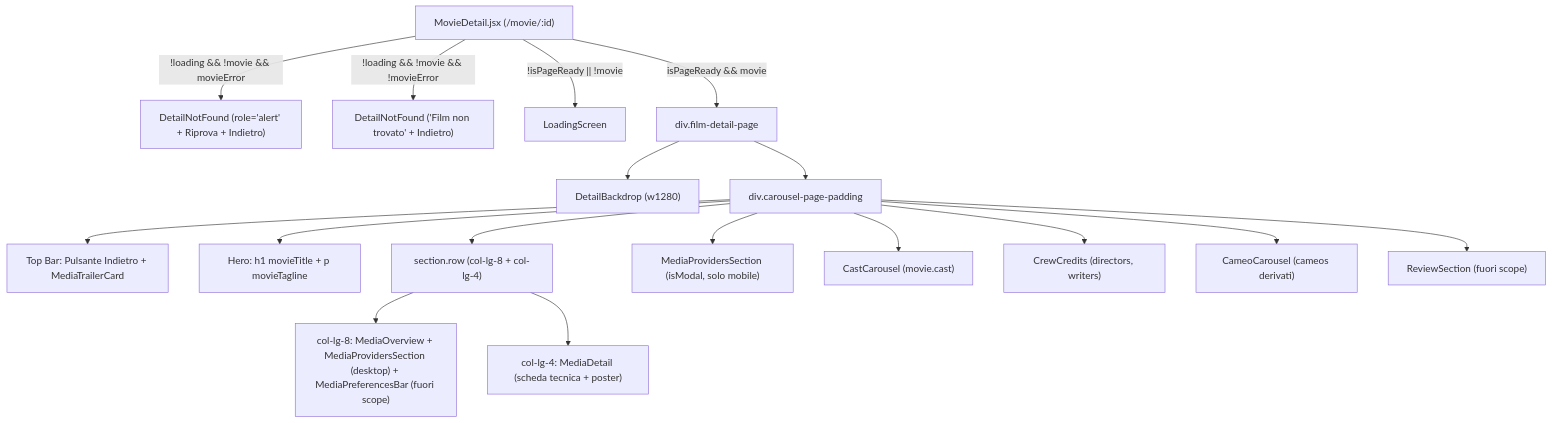
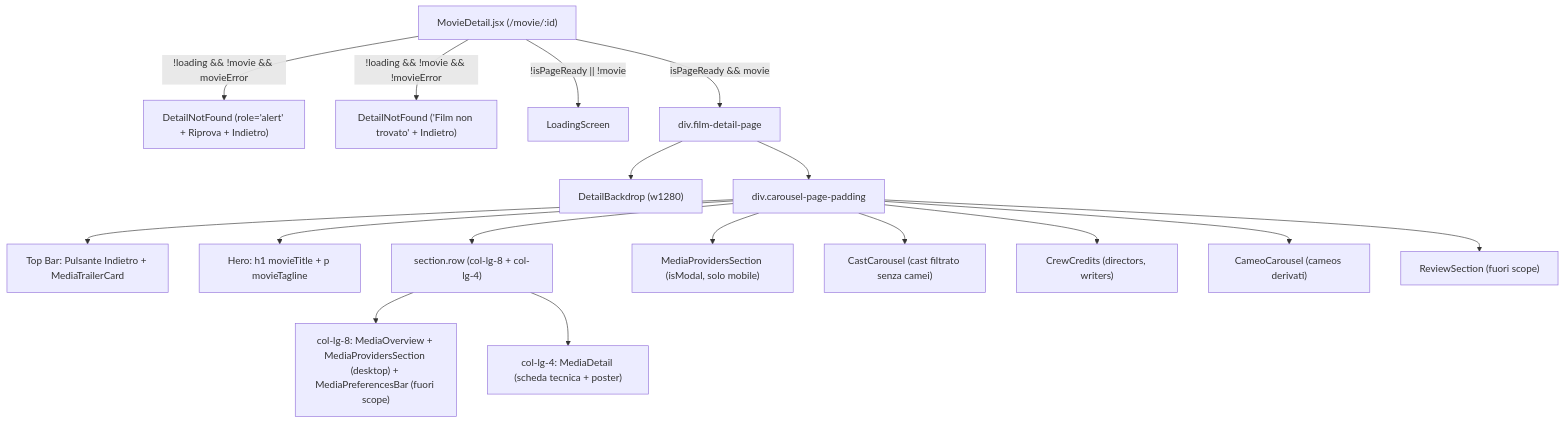
The second of 2 diagrams in docs/pages/movie-detail.md (Lorenzo207378/Cameos), drawn with Mermaid before and after one commit. The commit also changed other lines of this file and 89 other files, not shown here.

````diff
--- a/docs/pages/movie-detail.md
+++ b/docs/pages/movie-detail.md
@@ -122,21 +123,21 @@
 ```mermaid
 flowchart TD
     Route["MovieDetail.jsx (/movie/:id)"]
     Route -->|"!loading && !movie && movieError"| Err["DetailNotFound (role='alert' + Riprova + Indietro)"]
     Route -->|"!loading && !movie && !movieError"| NF["DetailNotFound ('Film non trovato' + Indietro)"]
     Route -->|"!isPageReady || !movie"| Loader["LoadingScreen"]
     Route -->|"isPageReady && movie"| Page["div.film-detail-page"]
 
     Page --> Bg["DetailBackdrop (w1280)"]
     Page --> Content["div.carousel-page-padding"]
     Content --> TopBar["Top Bar: Pulsante Indietro + MediaTrailerCard"]
     Content --> Heading["Hero: h1 movieTitle + p movieTagline"]
     Content --> Grid["section.row (col-lg-8 + col-lg-4)"]
     Grid --> Left["col-lg-8: MediaOverview + MediaProvidersSection (desktop) + MediaPreferencesBar (fuori scope)"]
     Grid --> Right["col-lg-4: MediaDetail (scheda tecnica + poster)"]
     Content --> MobileModal["MediaProvidersSection (isModal, solo mobile)"]
-    Content --> Cast["CastCarousel (movie.cast)"]
+    Content --> Cast["CastCarousel (cast filtrato senza camei)"]
     Content --> Crew["CrewCredits (directors, writers)"]
     Content --> Cameos["CameoCarousel (cameos derivati)"]
     Content --> Reviews["ReviewSection (fuori scope)"]
 ```
````
